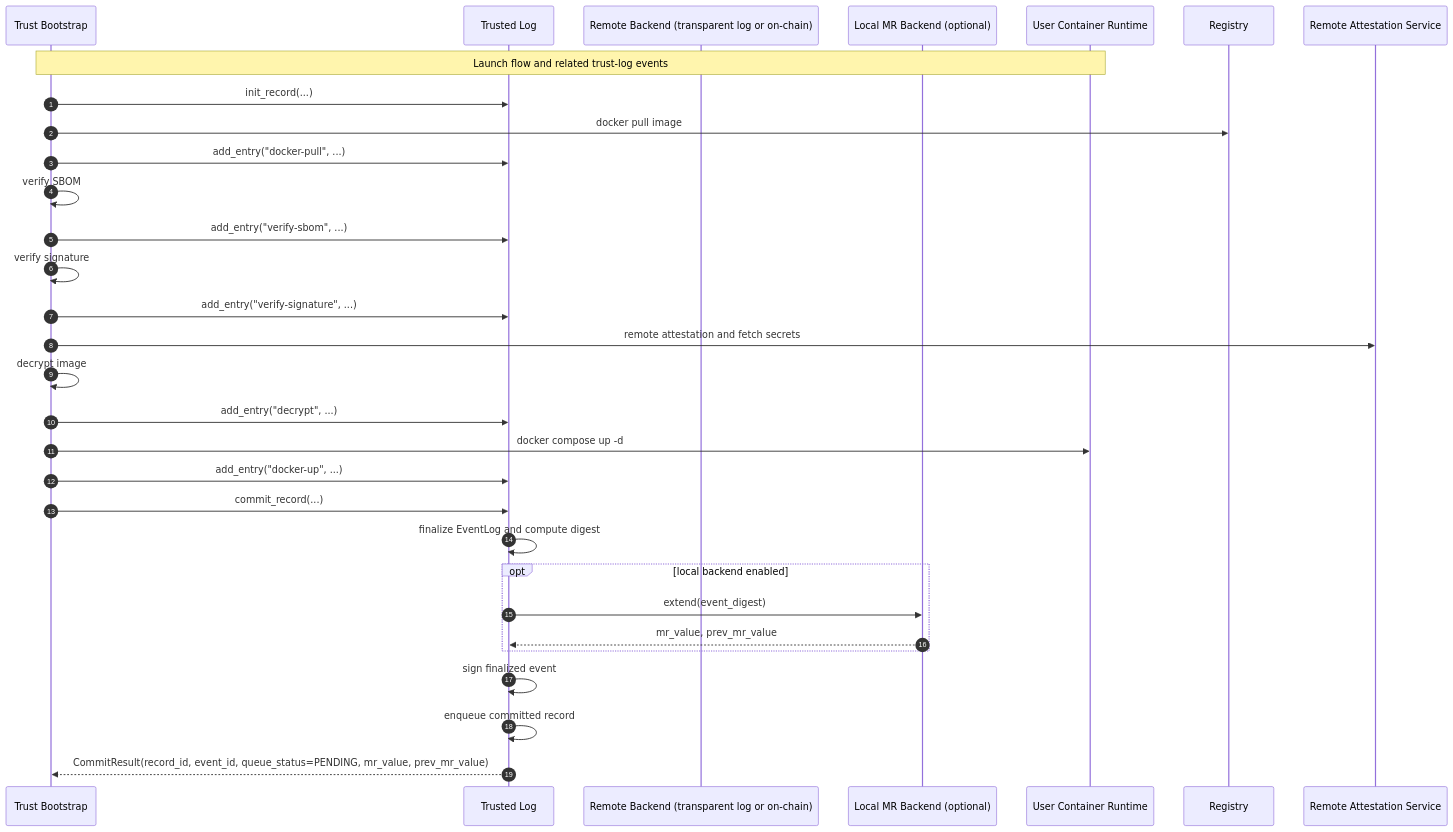
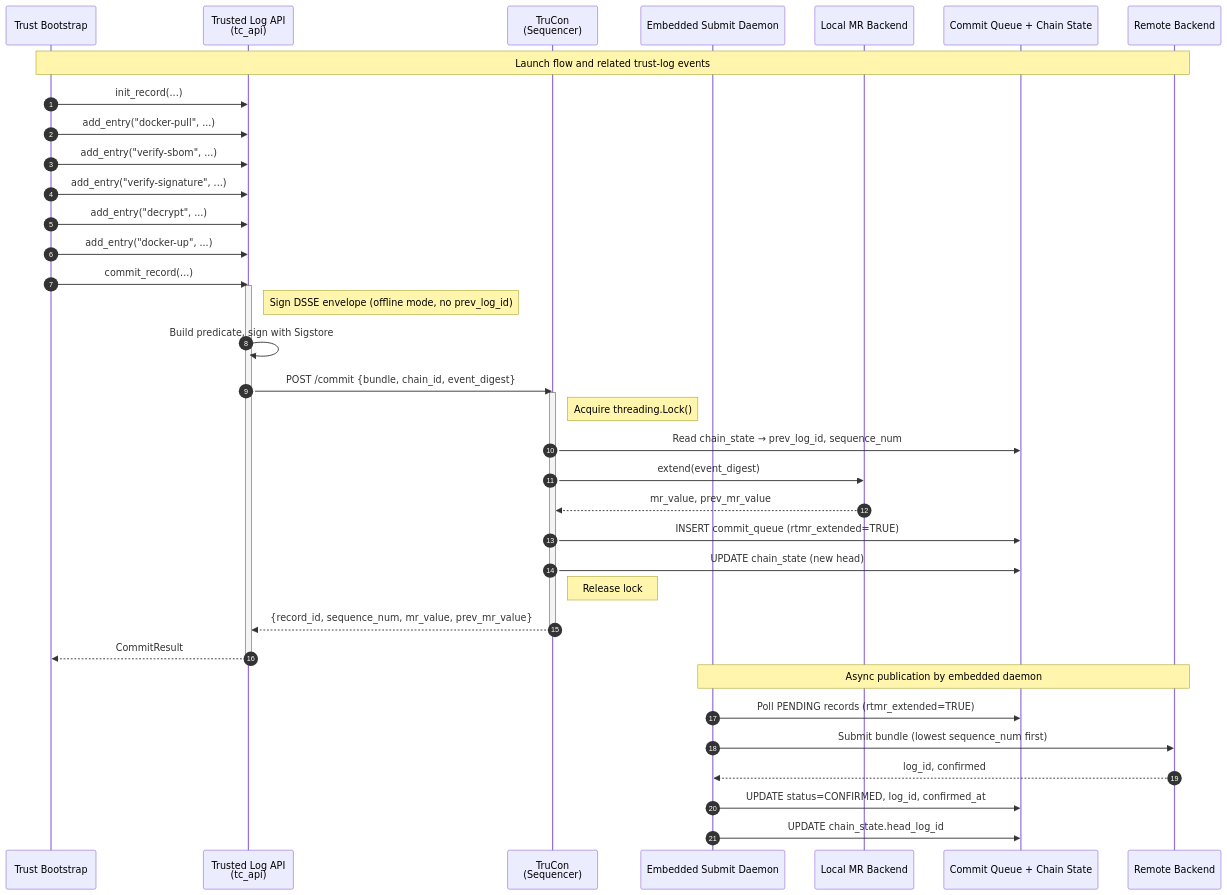
One commit to intel/confidential-computing-zoo changed the sixth of 7 diagrams in trusted-log/architecture.md. Above: the diagram before and after it, drawn with Mermaid. The commit also changed other lines of this file and 37 other files, not shown here.

Commit message:
Refactor architecture

````diff
--- a/trusted-log/architecture.md
+++ b/trusted-log/architecture.md
@@ -544,39 +587,44 @@
 ```mermaid
 sequenceDiagram
     autonumber
 
     participant TB as Trust Bootstrap
-    participant TL as Trusted Log
-    participant RB as Remote Backend (transparent log or on-chain)
-    participant LB as Local MR Backend (optional)
-    participant RT as User Container Runtime
-    participant RG as Registry
-    participant RA as Remote Attestation Service
+    participant TL as Trusted Log API<br/>(tc_api)
+    participant TA as TruCon<br/>(Sequencer)
+    participant SD as Embedded Submit Daemon
+    participant LB as Local MR Backend
+    participant PQ as Commit Queue + Chain State
+    participant RB as Remote Backend
 
-    Note over TB,RT: Launch flow and related trust-log events
+    Note over TB,RB: Launch flow and related trust-log events
     TB->>TL: init_record(...)
-    TB->>RG: docker pull image
     TB->>TL: add_entry("docker-pull", ...)
-
-    TB->>TB: verify SBOM
     TB->>TL: add_entry("verify-sbom", ...)
-
-    TB->>TB: verify signature
     TB->>TL: add_entry("verify-signature", ...)
-
-    TB->>RA: remote attestation and fetch secrets
-    TB->>TB: decrypt image
     TB->>TL: add_entry("decrypt", ...)
-
-    TB->>RT: docker compose up -d
     TB->>TL: add_entry("docker-up", ...)
     TB->>TL: commit_record(...)
-    TL->>TL: finalize EventLog and compute digest
-    opt local backend enabled
-        TL->>LB: extend(event_digest)
-        LB-->>TL: mr_value, prev_mr_value
-    end
-    TL->>TL: sign finalized event
-    TL->>TL: enqueue committed record
-    TL-->>TB: CommitResult(record_id, event_id, queue_status=PENDING, mr_value, prev_mr_value)
+    activate TL
+    Note right of TL: Sign DSSE envelope (offline mode, no prev_log_id)
+    TL->>TL: Build predicate, sign with Sigstore
+    TL->>TA: POST /commit {bundle, chain_id, event_digest}
+    activate TA
+    Note right of TA: Acquire threading.Lock()
+    TA->>PQ: Read chain_state → prev_log_id, sequence_num
+    TA->>LB: extend(event_digest)
+    LB-->>TA: mr_value, prev_mr_value
+    TA->>PQ: INSERT commit_queue (rtmr_extended=TRUE)
+    TA->>PQ: UPDATE chain_state (new head)
+    Note right of TA: Release lock
+    TA-->>TL: {record_id, sequence_num, mr_value, prev_mr_value}
+    deactivate TA
+    TL-->>TB: CommitResult
+    deactivate TL
+
+    Note over SD,RB: Async publication by embedded daemon
+    SD->>PQ: Poll PENDING records (rtmr_extended=TRUE)
+    SD->>RB: Submit bundle (lowest sequence_num first)
+    RB-->>SD: log_id, confirmed
+    SD->>PQ: UPDATE status=CONFIRMED, log_id, confirmed_at
+    SD->>PQ: UPDATE chain_state.head_log_id
 ```
````
